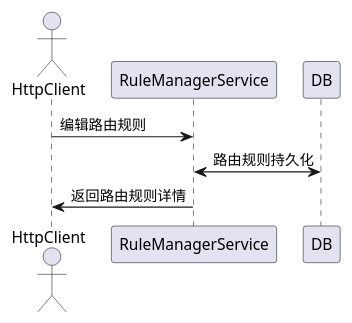
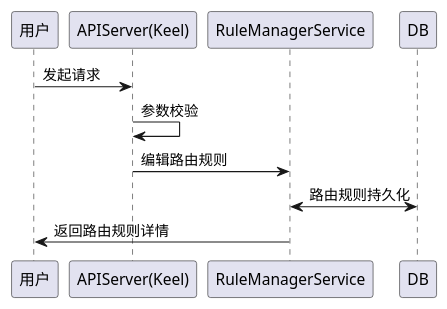
The fifth of 8 diagrams in docs/api/appendix/plantuml/rule_manager.md (tkeel-io/docs), drawn with PlantUML before and after one commit. The commit also changed other lines of this file and 2 other files, not shown here.

````diff
--- a/docs/api/appendix/plantuml/rule_manager.md
+++ b/docs/api/appendix/plantuml/rule_manager.md
@@ -73,11 +85,14 @@
 ```plantuml
 @startuml
-actor HttpClient
+participant "用户" as user
+participant "APIServer(Keel)"  as keel
 participant RuleManagerService
 participant DB
 
-HttpClient->RuleManagerService:编辑路由规则
+user->keel: 发起请求
+keel->keel: 参数校验
+keel->RuleManagerService:编辑路由规则
 RuleManagerService<->DB:路由规则持久化
-RuleManagerService->HttpClient:返回路由规则详情
+RuleManagerService->user:返回路由规则详情
 @enduml
 ```
````
